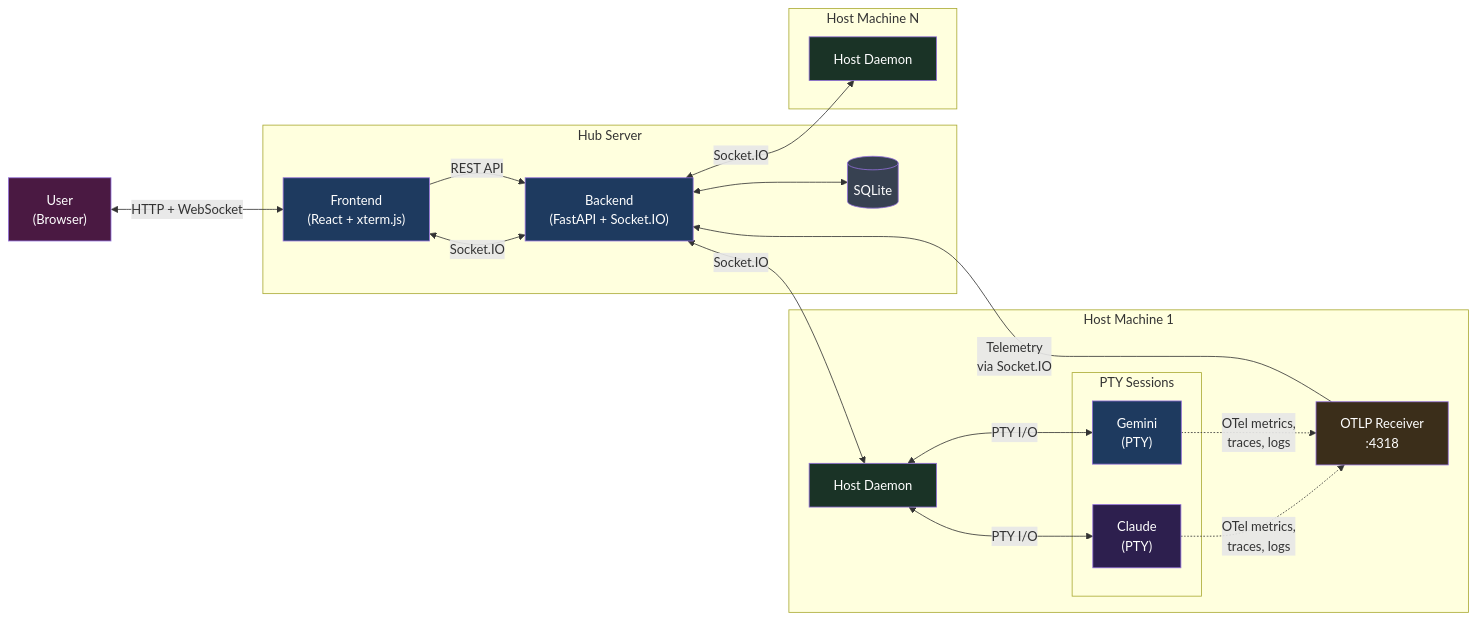
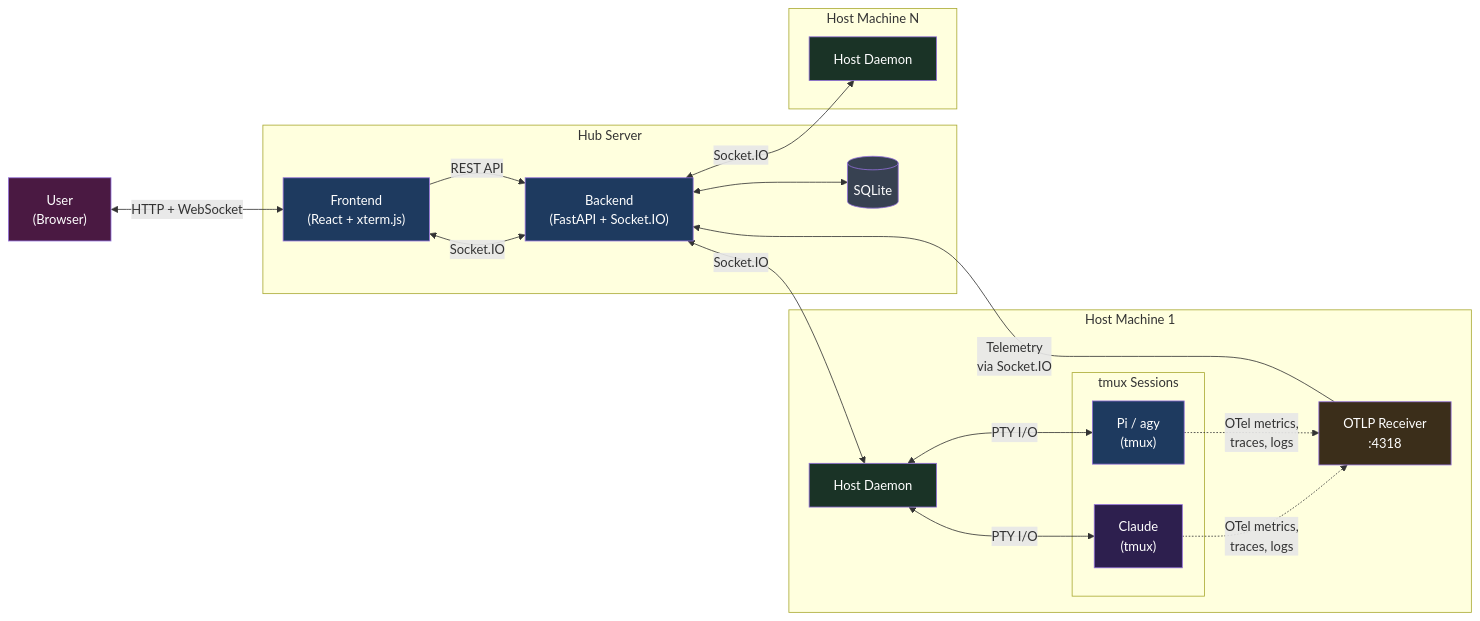
The first of 3 diagrams in README.md (dustinblack/agent-dashboard), drawn with Mermaid before and after one commit. The commit also changed other lines of this file, not shown here.

First line of the commit message:
docs: update README for Pi, Antigravity, and tmux architecture (#97)

````diff
--- a/README.md
+++ b/README.md
@@ -287,45 +290,45 @@
 ```mermaid
 graph LR
     User["User<br/>(Browser)"]
 
     subgraph Hub Server
         FE["Frontend<br/>(React + xterm.js)"]
         BE["Backend<br/>(FastAPI + Socket.IO)"]
         DB[(SQLite)]
     end
 
     subgraph Host Machine 1
         HD1["Host Daemon"]
         OTLP1["OTLP Receiver<br/>:4318"]
-        subgraph PTY Sessions
-            A1["Claude<br/>(PTY)"]
-            A2["Gemini<br/>(PTY)"]
+        subgraph tmux Sessions
+            A1["Claude<br/>(tmux)"]
+            A2["Pi / agy<br/>(tmux)"]
         end
     end
 
     subgraph Host Machine N
         HDN["Host Daemon"]
     end
 
     User <-->|"HTTP + WebSocket"| FE
     FE <-->|"Socket.IO"| BE
     FE -->|"REST API"| BE
     BE <--> DB
     BE <-->|"Socket.IO"| HD1
     BE <-->|"Socket.IO"| HDN
     HD1 <-->|"PTY I/O"| A1
     HD1 <-->|"PTY I/O"| A2
     A1 -.->|"OTel metrics,<br/>traces, logs"| OTLP1
     A2 -.->|"OTel metrics,<br/>traces, logs"| OTLP1
     OTLP1 -->|"Telemetry<br/>via Socket.IO"| BE
 
     style User fill:#4a1942,color:#fff
     style FE fill:#1e3a5f,color:#fff
     style BE fill:#1e3a5f,color:#fff
     style DB fill:#374151,color:#fff
     style HD1 fill:#1a3326,color:#fff
     style HDN fill:#1a3326,color:#fff
     style OTLP1 fill:#3b2e1a,color:#fff
     style A1 fill:#2d1f4e,color:#fff
     style A2 fill:#1e3a5f,color:#fff
 ```
````
